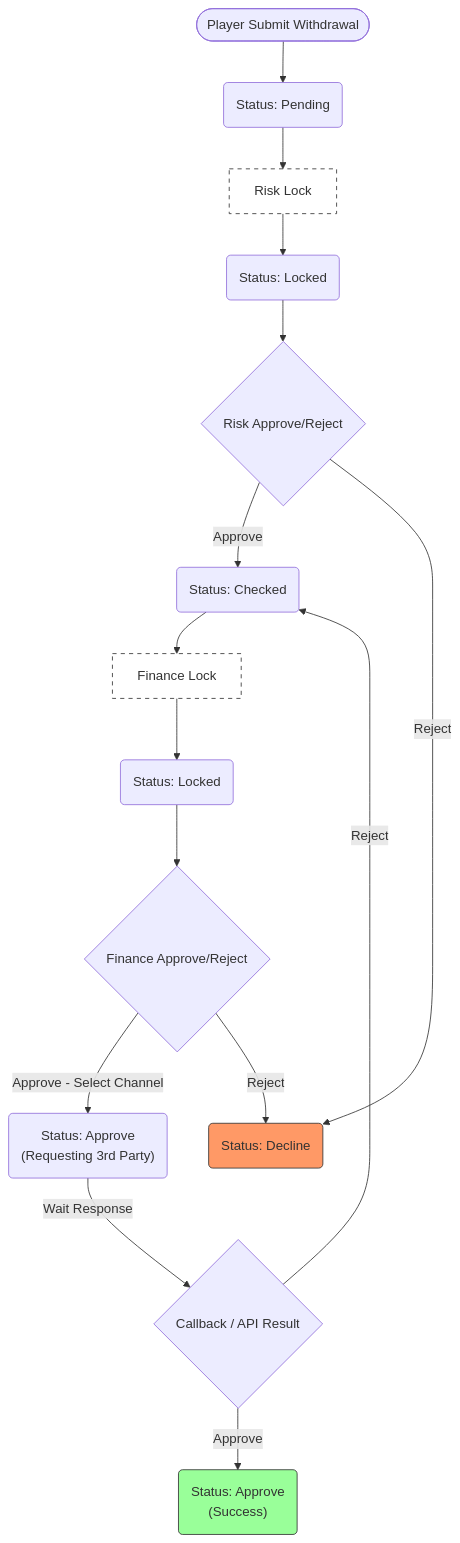
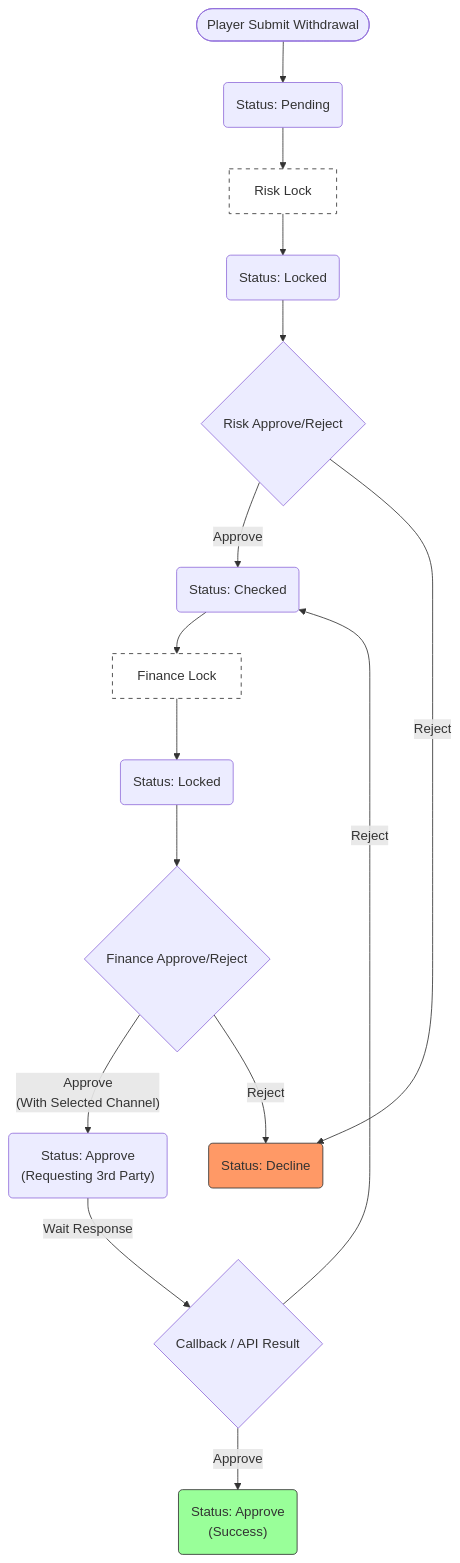
One commit to almightyken0425/SuSuGiGiSpec changed the first of 2 diagrams in no99_archive/sitflowchart.md. Above: the diagram before and after it, drawn with Mermaid.

````diff
--- a/no99_archive/sitflowchart.md
+++ b/no99_archive/sitflowchart.md
@@ -29,50 +29,50 @@
 ```mermaid
 graph TD
     %% 節點定義
     Start(["Player Submit Withdrawal"])
     Pending("Status: Pending")
     
     RiskLockActionBox["Risk Lock"]
     RiskLock("Status: Locked")
     
     RiskAction{"Risk Approve/Reject"}
     Checked("Status: Checked")
     
     FinanceLockActionBox["Finance Lock"]
     FinanceLock("Status: Locked")
     
     FinanceAction{"Finance Approve/Reject"}
     ApproveReq("Status: Approve<br/>(Requesting 3rd Party)")
     Decline("Status: Decline")
     Success("Status: Approve<br/>(Success)")
     Callback{"Callback / API Result"}
 
     Start --> Pending
     
     Pending --> RiskLockActionBox
     RiskLockActionBox --> RiskLock
     
     RiskLock --> RiskAction
     
     RiskAction -->|"Approve"| Checked
     
     Checked --> FinanceLockActionBox
     FinanceLockActionBox --> FinanceLock
     
     FinanceLock --> FinanceAction
     
-    FinanceAction -->|"Approve - Select Channel"| ApproveReq
+    FinanceAction -->|"Approve<br/>(With Selected Channel)"| ApproveReq
 
     RiskAction -->|"Reject"| Decline
     FinanceAction -->|"Reject"| Decline
     
     ApproveReq -->|"Wait Response"| Callback
 
     Callback -->|"Approve"| Success
     Callback -->|"Reject"| Checked
 
     style Decline fill:#f96,stroke:#333
     style Success fill:#9f9,stroke:#333
     style RiskLockActionBox fill:#fff,stroke:#333,stroke-dasharray: 5 5
     style FinanceLockActionBox fill:#fff,stroke:#333,stroke-dasharray: 5 5
 ```
````
